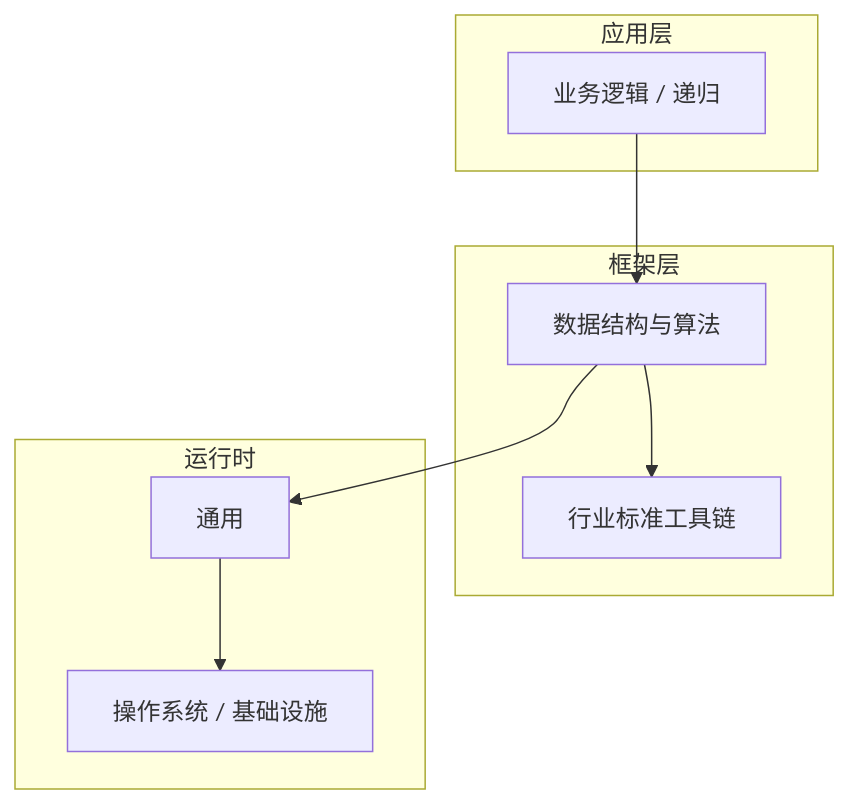
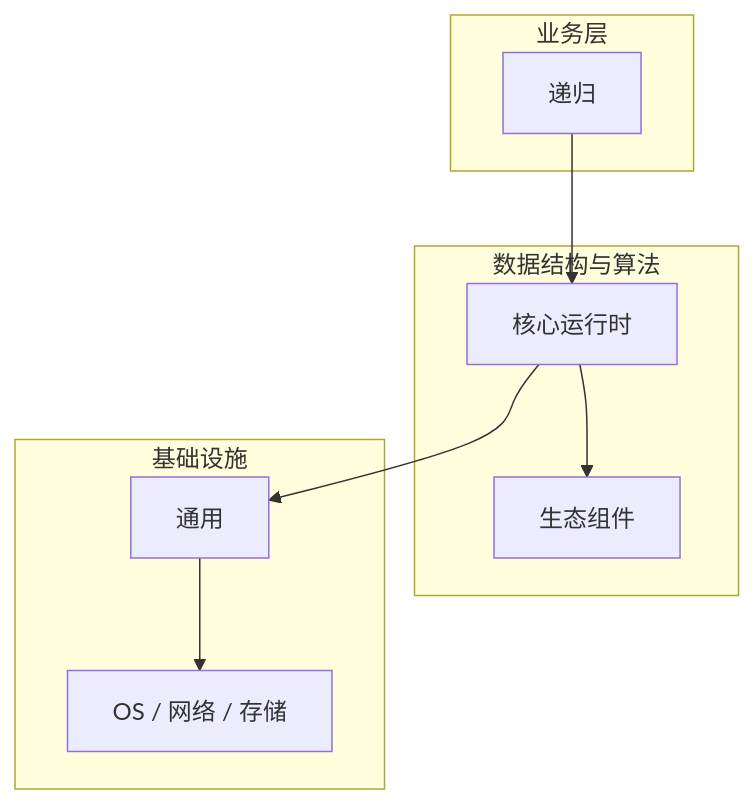
One commit to yanggan2015/knowledge-json-v2 changed the diagram in articles/数据结构与算法/chapters/121-递归核心概念与原理.md. Above: the diagram before and after it, drawn with Mermaid. The commit also changed other lines of this file and 10127 other files, not shown here.

````diff
--- a/articles/数据结构与算法/chapters/121-递归核心概念与原理.md
+++ b/articles/数据结构与算法/chapters/121-递归核心概念与原理.md
@@ -45,18 +30,18 @@
 ```mermaid
 graph TB
-    subgraph 应用层
-        A[业务逻辑 / 递归]
+    subgraph 业务层
+        A[递归]
     end
-    subgraph 框架层
-        B[数据结构与算法]
-        C[行业标准工具链]
+    subgraph 数据结构与算法
+        B[核心运行时]
+        C[生态组件]
     end
-    subgraph 运行时
+    subgraph 基础设施
         D[通用]
-        E[操作系统 / 基础设施]
+        E[OS / 网络 / 存储]
     end
     A --> B
     B --> C
     B --> D
     D --> E
 ```
````
